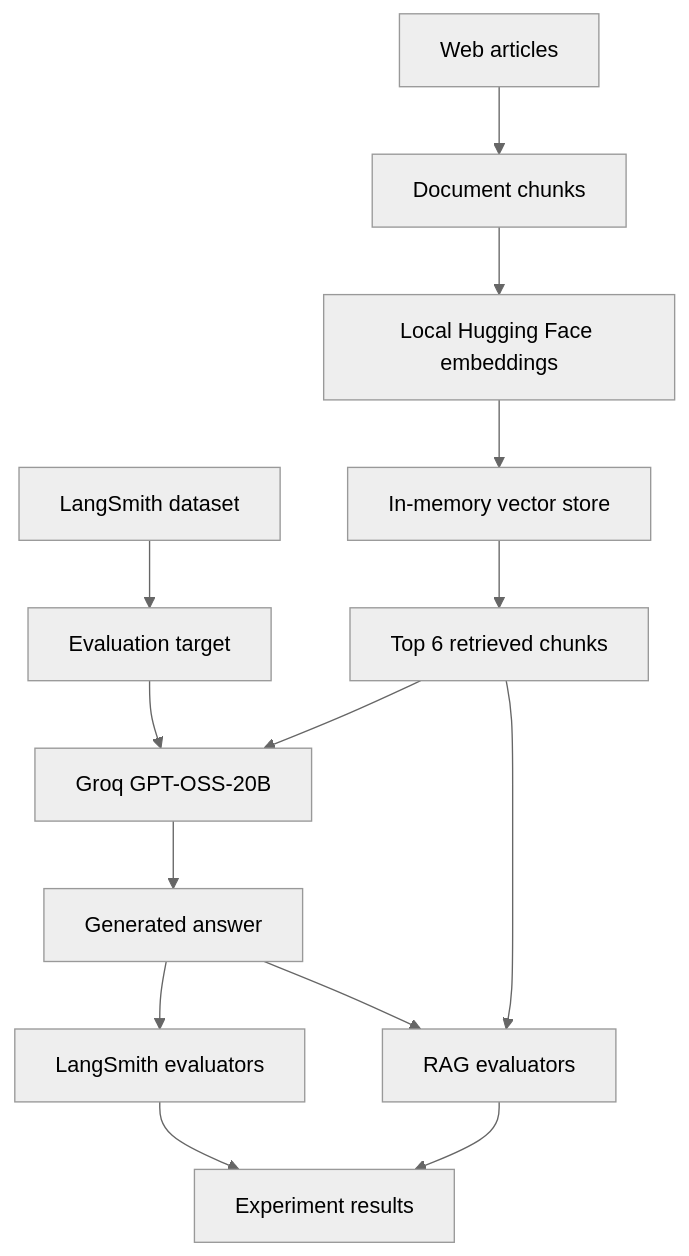
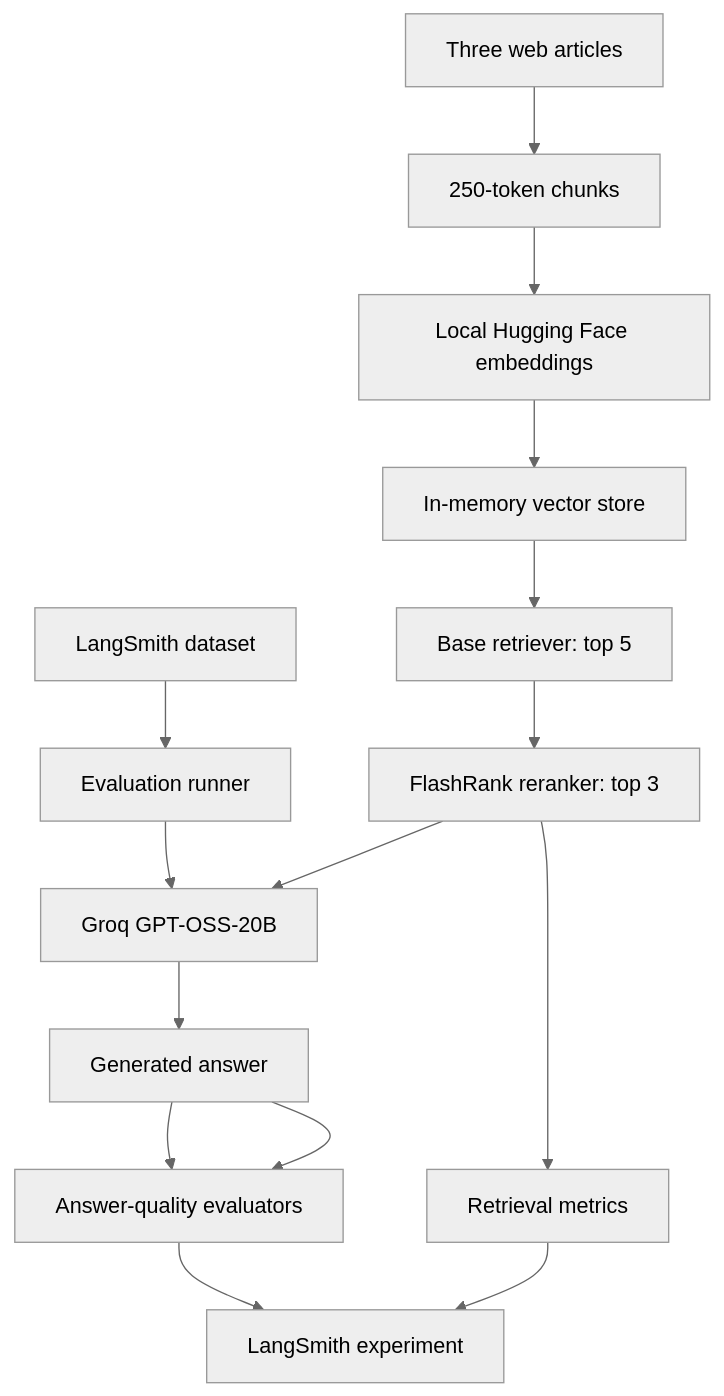
The first of 4 diagrams in README.md (Aryan-GNDU/LLM-eval-with-LangSmith), drawn with Mermaid (neutral theme) before and after one commit. The commit also changed other lines of this file, not shown here.

Commit message:
Enhance README with detailed project workflows, features, and evaluation processes

````diff
--- a/README.md
+++ b/README.md
@@ -38,17 +29,18 @@
 ```mermaid
 flowchart TD
-       A[LangSmith dataset] --> B[Evaluation target]
-       B --> C[Groq GPT-OSS-20B]
-       C --> D[Generated answer]
-       D --> E[LangSmith evaluators]
-       E --> F[Experiment results]
+    A[LangSmith dataset] --> B[Evaluation runner]
+    B --> C[Groq GPT-OSS-20B]
+    C --> D[Generated answer]
+    D --> E[Answer-quality evaluators]
+    E --> F[LangSmith experiment]
 
-       G[Web articles] --> H[Document chunks]
-       H --> I[Local Hugging Face embeddings]
-       I --> J[In-memory vector store]
-       J --> K[Top 6 retrieved chunks]
-       K --> C
-       K --> L[RAG evaluators]
-       D --> L
-       L --> F
+    G[Three web articles] --> H[250-token chunks]
+    H --> I[Local Hugging Face embeddings]
+    I --> J[In-memory vector store]
+    J --> K[Base retriever: top 5]
+    K --> L[FlashRank reranker: top 3]
+    L --> C
+    L --> M[Retrieval metrics]
+    M --> F
+    D --> E
 ```
````
